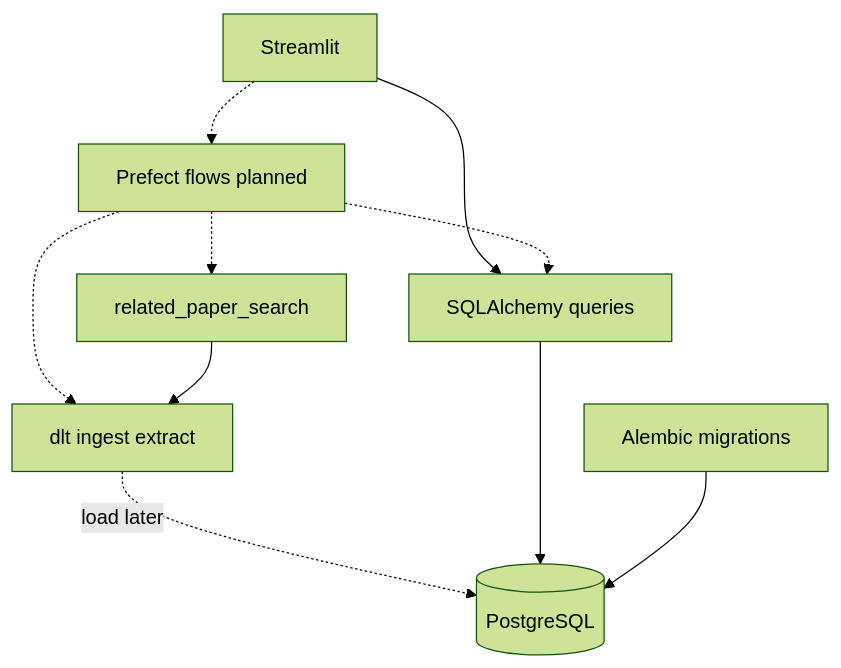
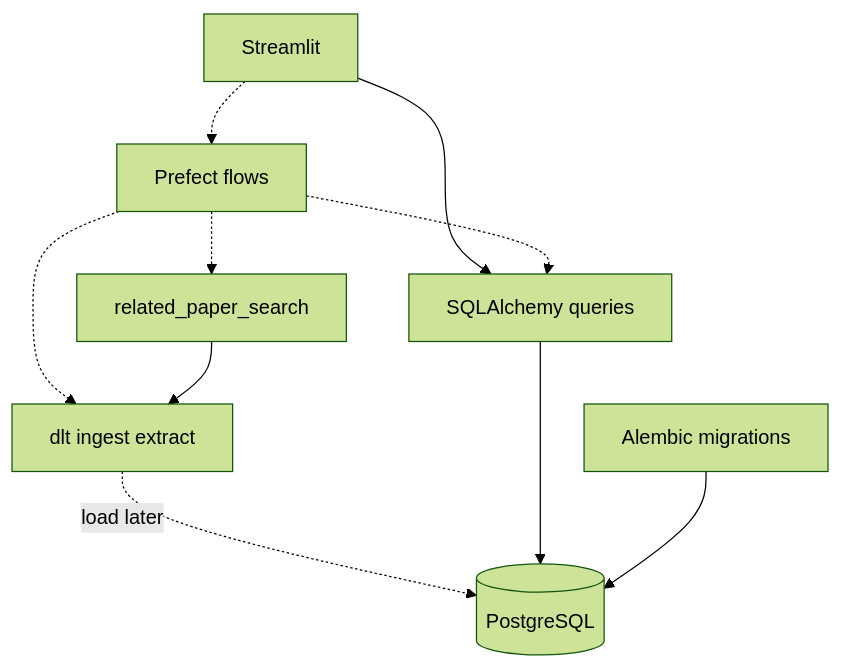
Before and after one commit to GustavoRusso/paper-reviewer: the diagram in docs/technology-stack.md, drawn with Mermaid (forest theme). The commit also changed other lines of this file and 6 other files, not shown here.

````diff
--- a/docs/technology-stack.md
+++ b/docs/technology-stack.md
@@ -32,20 +32,20 @@
 ```mermaid
 flowchart TB
   ui[Streamlit]
-  orch[Prefect flows planned]
+  orch[Prefect flows]
   search[related_paper_search]
   ingest[dlt ingest extract]
   orm[SQLAlchemy queries]
   db[(PostgreSQL)]
   mig[Alembic migrations]
 
   ui --> orm
   ui -.-> orch
   orch -.-> search
   orch -.-> ingest
   orch -.-> orm
   search --> ingest
   ingest -.->|"load later"| db
   orm --> db
   mig --> db
 ```
````
